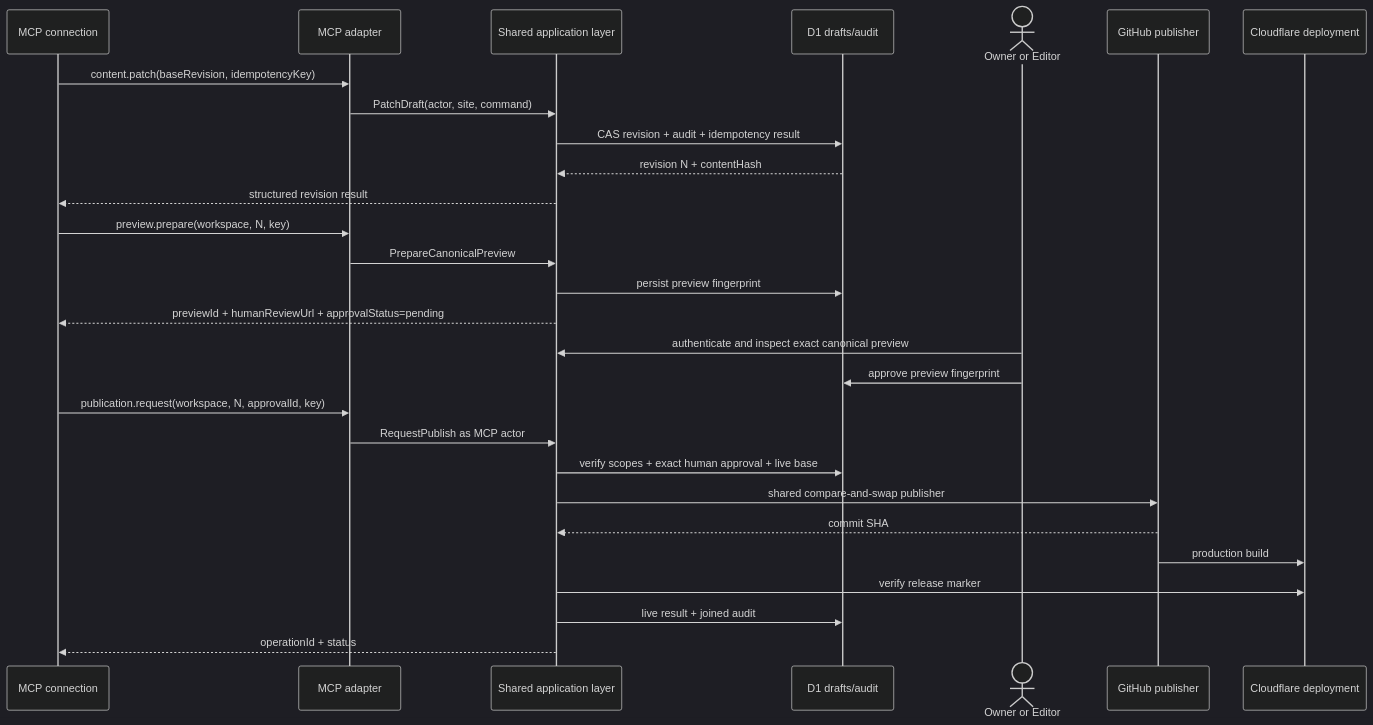
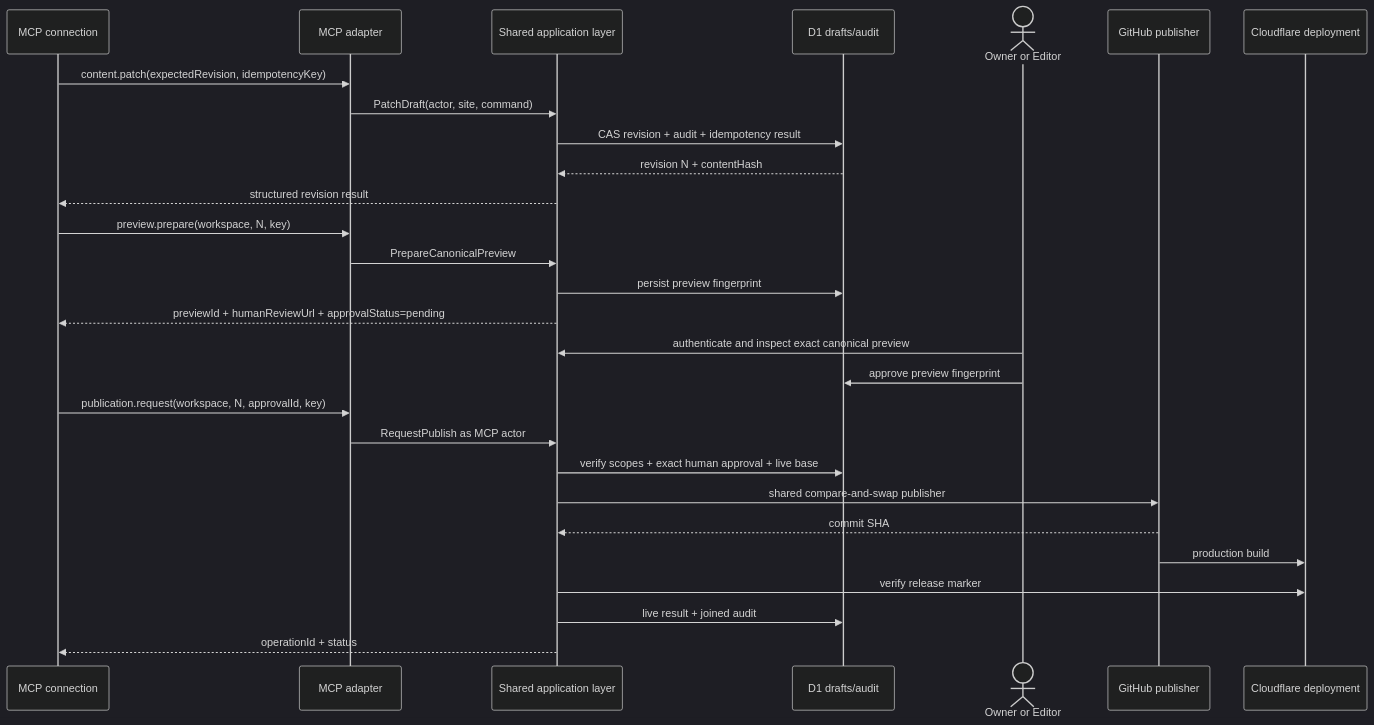
The second of 2 diagrams in docs/mcp/authorization-and-approval.md (Humber-Foundry/foundry-cms), drawn with Mermaid (dark theme) before and after one commit. The commit also changed other lines of this file and 37 other files, not shown here.

````diff
--- a/docs/mcp/authorization-and-approval.md
+++ b/docs/mcp/authorization-and-approval.md
@@ -92,31 +111,31 @@
 ```mermaid
 sequenceDiagram
     participant Agent as MCP connection
     participant MCP as MCP adapter
     participant App as Shared application layer
     participant D1 as D1 drafts/audit
     actor Human as Owner or Editor
     participant Git as GitHub publisher
     participant CF as Cloudflare deployment
 
-    Agent->>MCP: content.patch(baseRevision, idempotencyKey)
+    Agent->>MCP: content.patch(expectedRevision, idempotencyKey)
     MCP->>App: PatchDraft(actor, site, command)
     App->>D1: CAS revision + audit + idempotency result
     D1-->>App: revision N + contentHash
     App-->>Agent: structured revision result
     Agent->>MCP: preview.prepare(workspace, N, key)
     MCP->>App: PrepareCanonicalPreview
     App->>D1: persist preview fingerprint
     App-->>Agent: previewId + humanReviewUrl + approvalStatus=pending
     Human->>App: authenticate and inspect exact canonical preview
     Human->>D1: approve preview fingerprint
     Agent->>MCP: publication.request(workspace, N, approvalId, key)
     MCP->>App: RequestPublish as MCP actor
     App->>D1: verify scopes + exact human approval + live base
     App->>Git: shared compare-and-swap publisher
     Git-->>App: commit SHA
     Git->>CF: production build
     App->>CF: verify release marker
     App->>D1: live result + joined audit
     App-->>Agent: operationId + status
 ```
````
